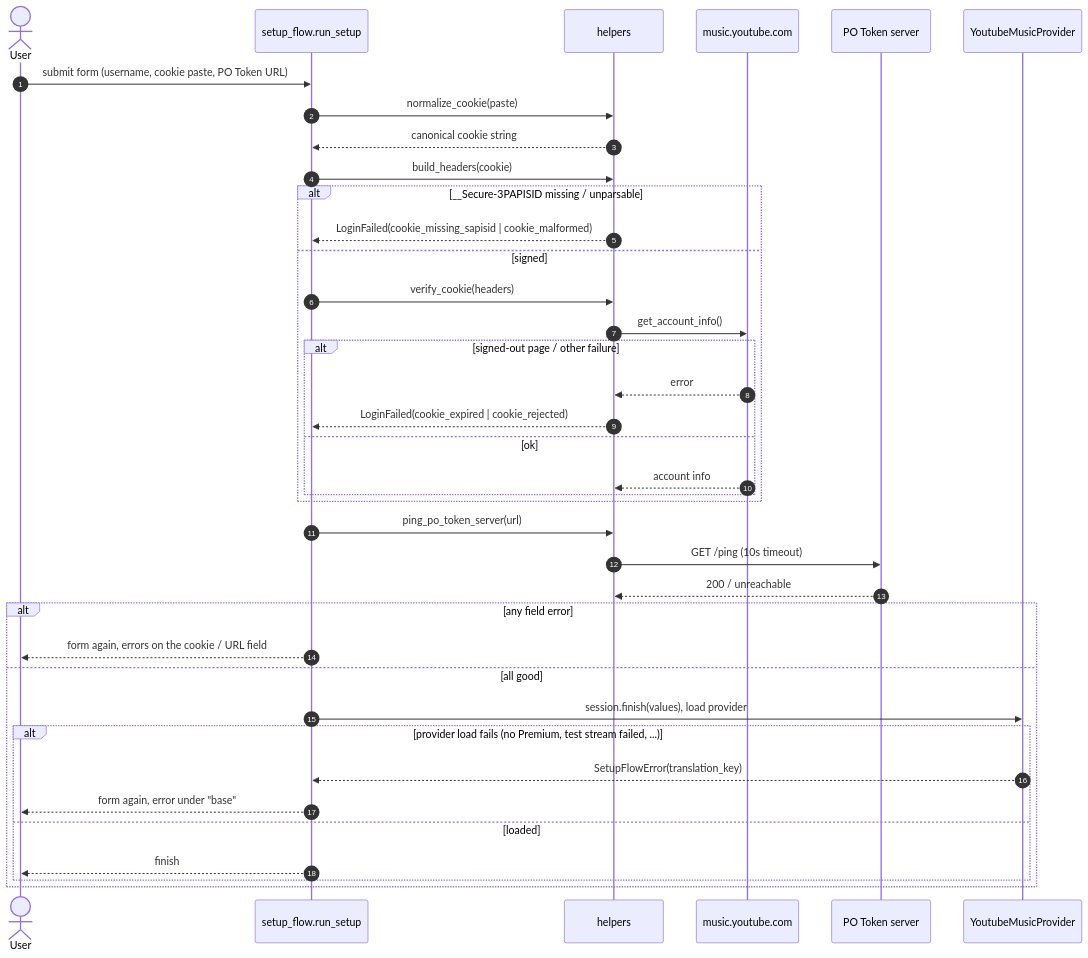
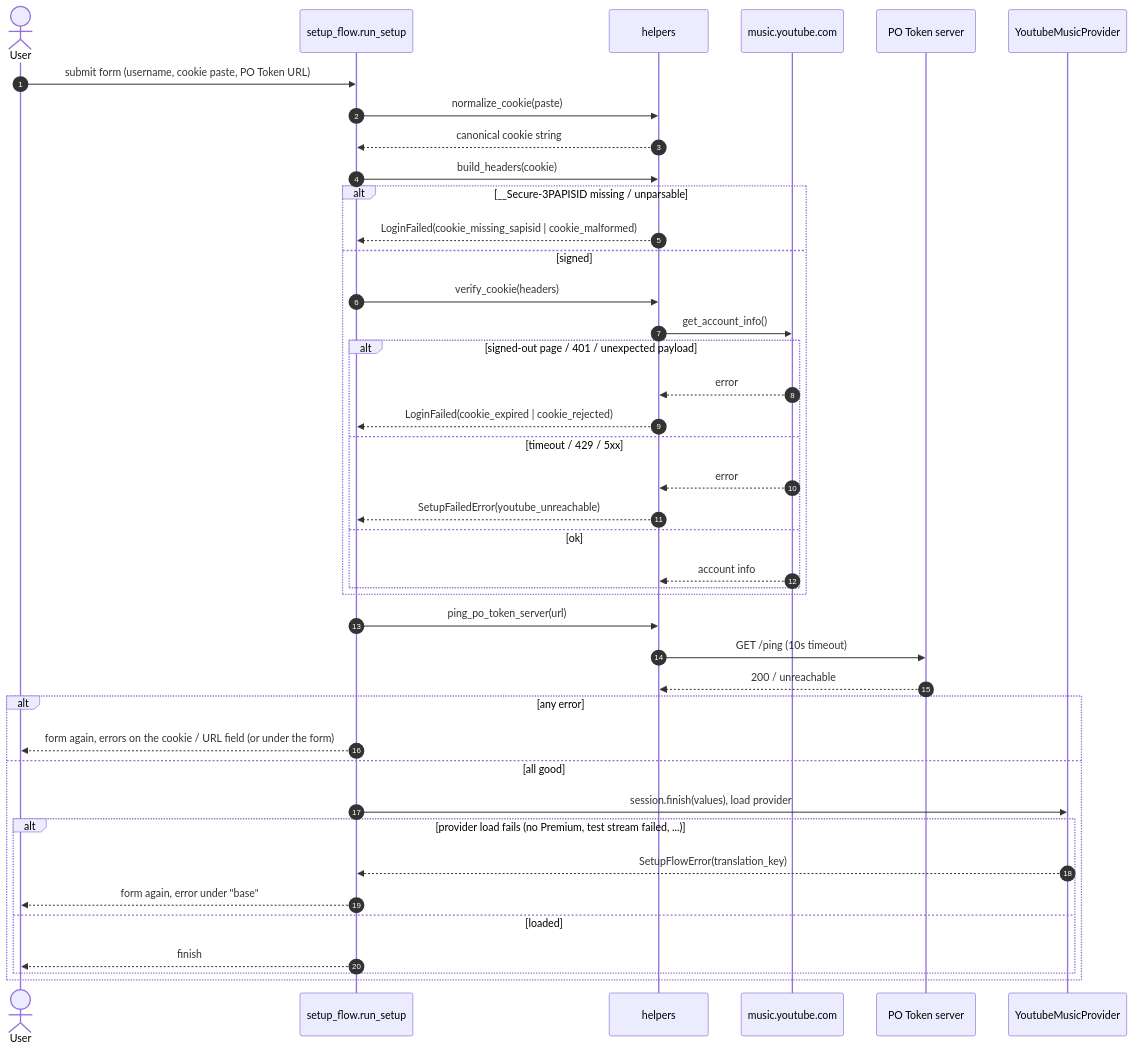
Before and after one commit to music-assistant/server: the first of 4 diagrams in music_assistant/providers/ytmusic/README.md, drawn with Mermaid. The commit also changed other lines of this file and 7 other files, not shown here.

First line of the commit message:
YouTube Music: tighten cookie import and tell a refused cookie from YouTube being unreachable

````diff
--- a/music_assistant/providers/ytmusic/README.md
+++ b/music_assistant/providers/ytmusic/README.md
@@ -42,41 +42,44 @@
 ```mermaid
 sequenceDiagram
     autonumber
     actor User
     participant Flow as setup_flow.run_setup
     participant H as helpers
     participant YTM as music.youtube.com
     participant POT as PO Token server
     participant Prov as YoutubeMusicProvider
 
     User->>Flow: submit form (username, cookie paste, PO Token URL)
     Flow->>H: normalize_cookie(paste)
     H-->>Flow: canonical cookie string
     Flow->>H: build_headers(cookie)
     alt __Secure-3PAPISID missing / unparsable
         H-->>Flow: LoginFailed(cookie_missing_sapisid | cookie_malformed)
     else signed
         Flow->>H: verify_cookie(headers)
         H->>YTM: get_account_info()
-        alt signed-out page / other failure
+        alt signed-out page / 401 / unexpected payload
             YTM-->>H: error
             H-->>Flow: LoginFailed(cookie_expired | cookie_rejected)
+        else timeout / 429 / 5xx
+            YTM-->>H: error
+            H-->>Flow: SetupFailedError(youtube_unreachable)
         else ok
             YTM-->>H: account info
         end
     end
     Flow->>H: ping_po_token_server(url)
     H->>POT: GET /ping (10s timeout)
     POT-->>H: 200 / unreachable
-    alt any field error
-        Flow-->>User: form again, errors on the cookie / URL field
+    alt any error
+        Flow-->>User: form again, errors on the cookie / URL field (or under the form)
     else all good
         Flow->>Prov: session.finish(values), load provider
         alt provider load fails (no Premium, test stream failed, ...)
             Prov-->>Flow: SetupFlowError(translation_key)
             Flow-->>User: form again, error under "base"
         else loaded
             Flow-->>User: finish
         end
     end
 ```
````
